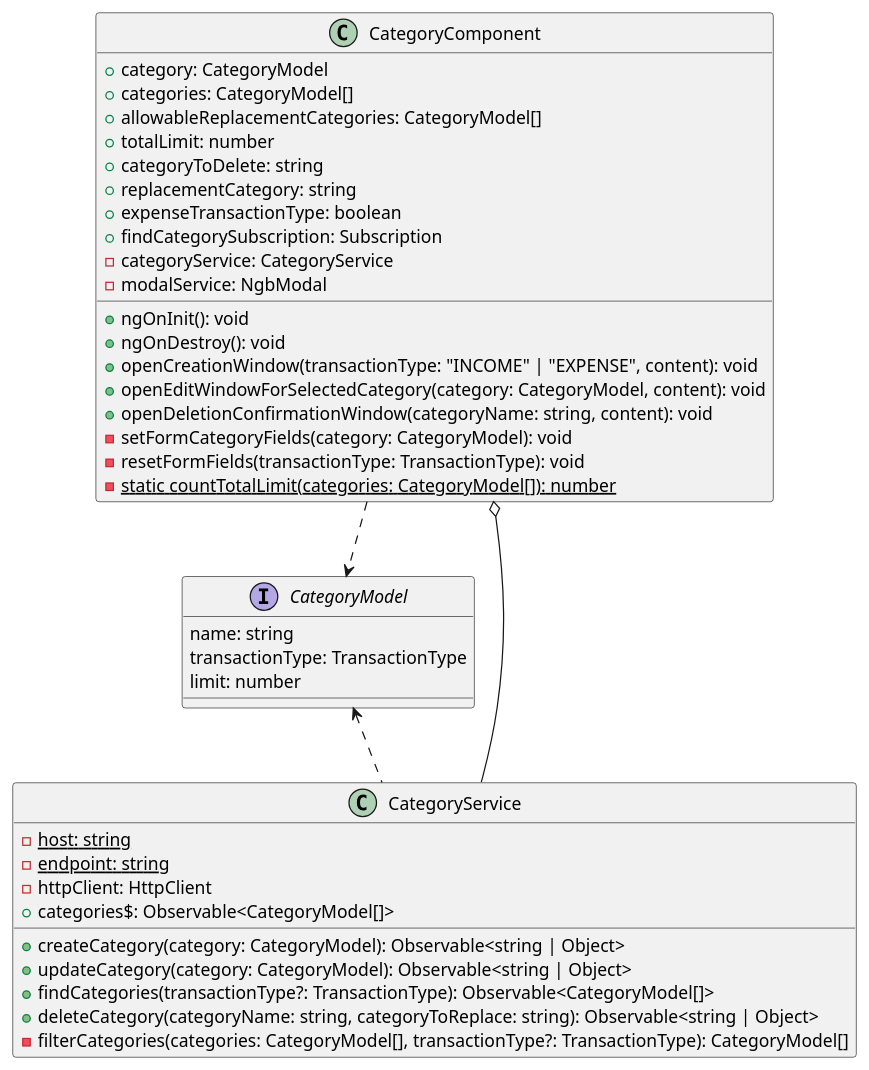
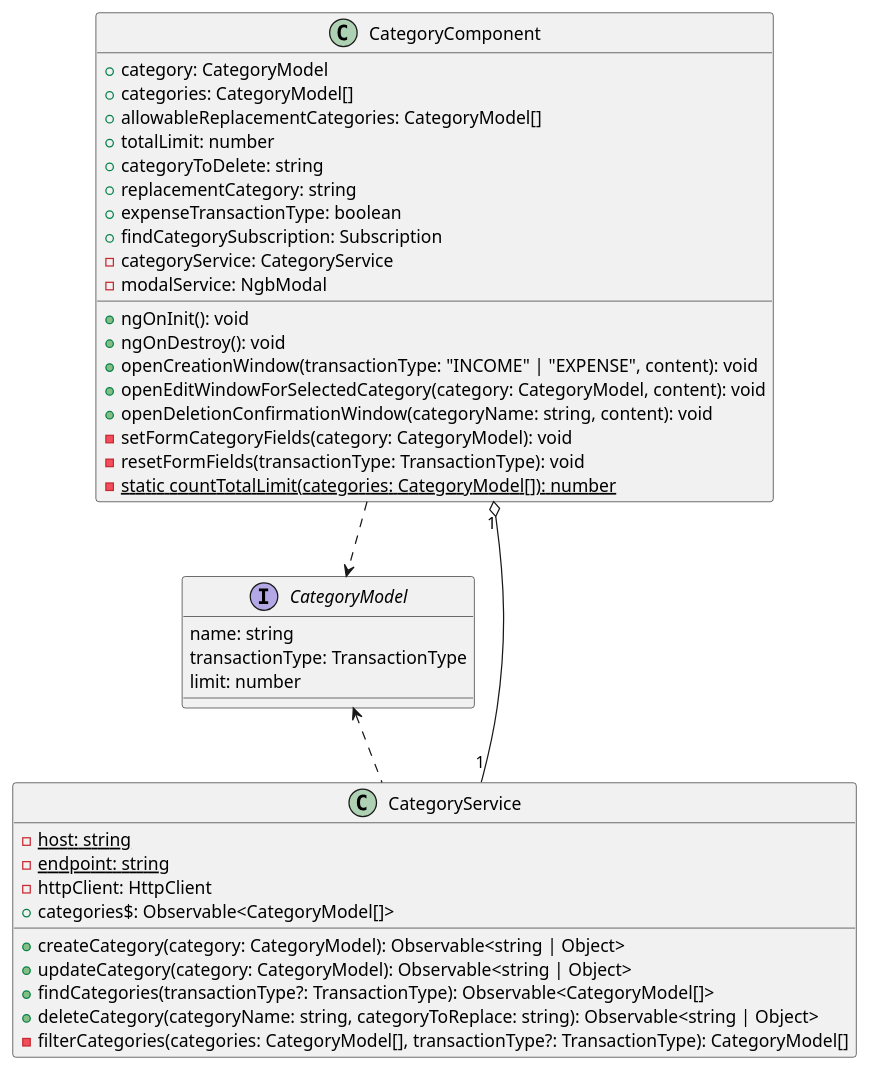
The diagram in diagrams/class-diagrams/frontend/category-class-diagram.puml (lukaszse/simple-bills), drawn with PlantUML before and after one commit. The commit also changed 3 other files, not shown here.

Commit message:
correct class diagrams

```diff
--- a/diagrams/class-diagrams/frontend/category-class-diagram.puml
+++ b/diagrams/class-diagrams/frontend/category-class-diagram.puml
@@ -1,49 +1,49 @@
 @startuml
 'https://plantuml.com/sequence-diagram
 
 
 class CategoryComponent {
     +category: CategoryModel
     +categories: CategoryModel[]
     +allowableReplacementCategories: CategoryModel[]
     +totalLimit: number
     +categoryToDelete: string
     +replacementCategory: string
     +expenseTransactionType: boolean
     +findCategorySubscription: Subscription
     -categoryService: CategoryService
     -modalService: NgbModal
     +ngOnInit(): void
     +ngOnDestroy(): void
     +openCreationWindow(transactionType: "INCOME" | "EXPENSE", content): void
     +openEditWindowForSelectedCategory(category: CategoryModel, content): void
     +openDeletionConfirmationWindow(categoryName: string, content): void
     -setFormCategoryFields(category: CategoryModel): void
     -resetFormFields(transactionType: TransactionType): void
     -{static}static countTotalLimit(categories: CategoryModel[]): number
 }
 
 class CategoryService {
   -{static} host: string
   -{static} endpoint: string
   -httpClient: HttpClient
   +categories$: Observable<CategoryModel[]>
   +createCategory(category: CategoryModel): Observable<string | Object>
   +updateCategory(category: CategoryModel): Observable<string | Object>
   +findCategories(transactionType?: TransactionType): Observable<CategoryModel[]>
   +deleteCategory(categoryName: string, categoryToReplace: string): Observable<string | Object>
   -filterCategories(categories: CategoryModel[], transactionType?: TransactionType): CategoryModel[]
 }
 
 interface CategoryModel {
   name: string
   transactionType: TransactionType
   limit: number
 }
 
-CategoryComponent o-- CategoryService
+CategoryComponent "1" o-- "1" CategoryService
 CategoryComponent ..> CategoryModel
 CategoryService .up.> CategoryModel
 
 
 @enduml
```
